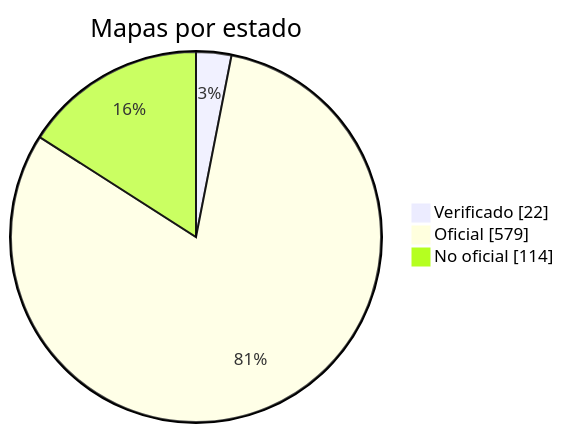
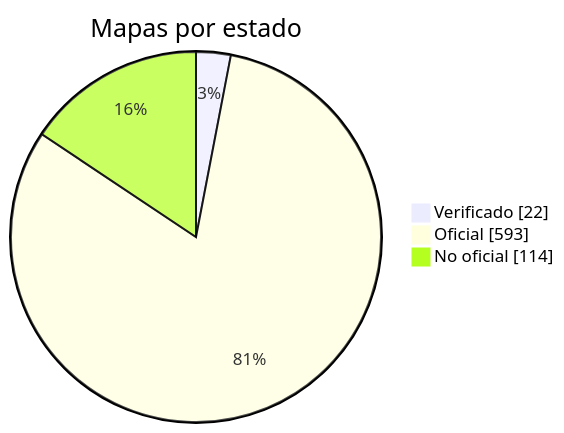
The diagram in docs/readme/README_ES.md (nobrega8/mbmap-library), drawn with Mermaid before and after one commit. The commit also changed 19 other files, not shown here.

````diff
--- a/docs/readme/README_ES.md
+++ b/docs/readme/README_ES.md
@@ -54,7 +54,7 @@
 ```mermaid
 pie showData
     title Mapas por estado
     "Verificado" : 22
-    "Oficial" : 579
+    "Oficial" : 593
     "No oficial" : 114
 ```
````
